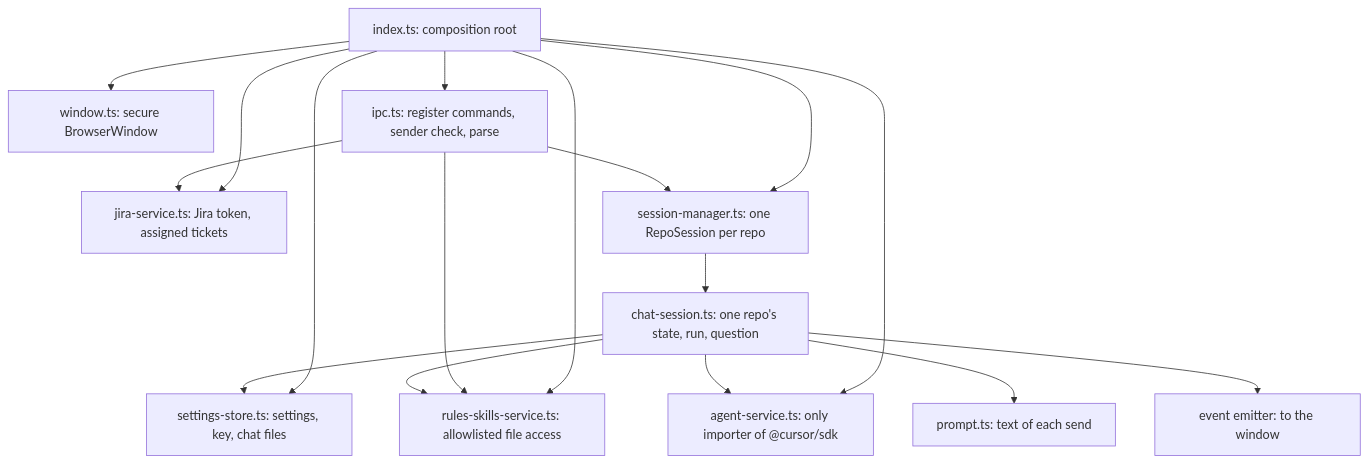
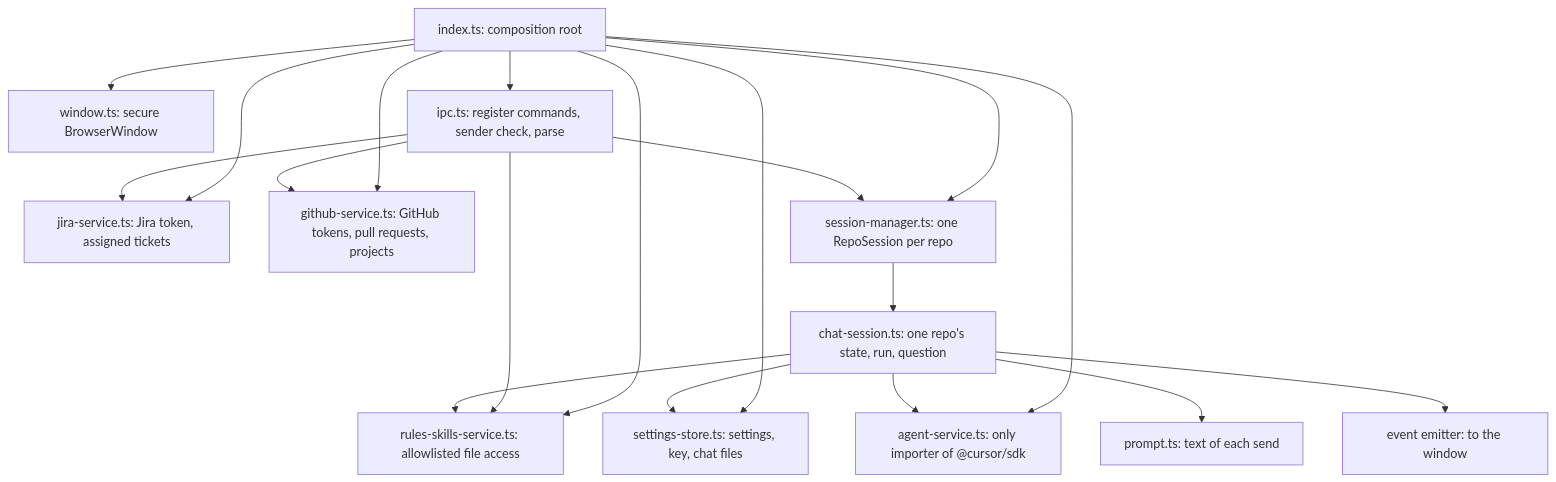
Before and after one commit to valentin-barakov/flowFE: the second of 2 diagrams in docs/architecture.md, drawn with Mermaid. The commit also changed other lines of this file and 25 other files, not shown here.

First line of the commit message:
Add GitHub integration with optional tokens and update documentation.

````diff
--- a/docs/architecture.md
+++ b/docs/architecture.md
@@ -27,19 +28,21 @@
 ```mermaid
 flowchart TB
     Index["index.ts: composition root"] --> Window["window.ts: secure BrowserWindow"]
     Index --> Ipc["ipc.ts: register commands, sender check, parse"]
     Index --> Settings["settings-store.ts: settings, key, chat files"]
     Index --> Files["rules-skills-service.ts: allowlisted file access"]
     Index --> Jira["jira-service.ts: Jira token, assigned tickets"]
     Ipc --> Jira
+    Index --> GitHub["github-service.ts: GitHub tokens, pull requests, projects"]
+    Ipc --> GitHub
     Index --> Agent["agent-service.ts: only importer of @cursor/sdk"]
     Index --> Manager["session-manager.ts: one RepoSession per repo"]
     Ipc --> Manager
     Manager --> Session["chat-session.ts: one repo's state, run, question"]
     Ipc --> Files
     Session --> Agent
     Session --> Settings
     Session --> Files
     Session --> Prompt["prompt.ts: text of each send"]
     Session --> Events["event emitter: to the window"]
 ```
````
